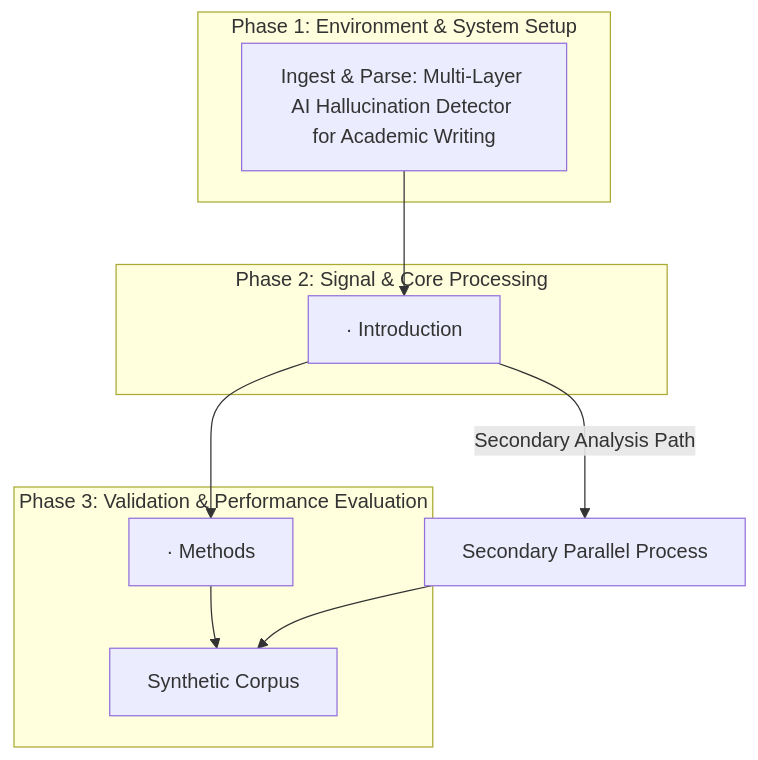
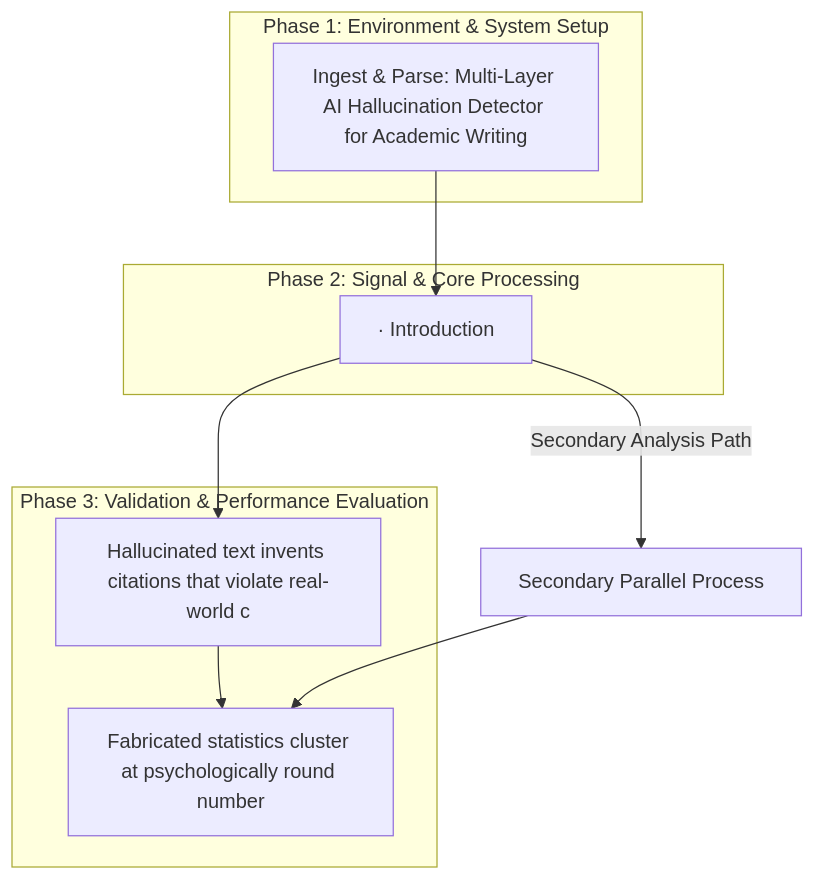
One commit to Runtime-Slayers/Multi-Layer-Hallucination-Detection-in-Large-Language-Models changed the diagram in README.md. Above: the diagram before and after it, drawn with Mermaid.

Commit message:
Docs: Restructure README.md with detailed summary and pipeline flowchart

````diff
--- a/README.md
+++ b/README.md
@@ -14,18 +14,18 @@
 ```mermaid
 graph TD
     subgraph "Phase 1: Environment & System Setup"
         N0["Ingest & Parse: Multi-Layer AI Hallucination Detector for Academic Writing"]
     end
     subgraph "Phase 2: Signal & Core Processing"
         N1["· Introduction"]
     end
     subgraph "Phase 3: Validation & Performance Evaluation"
-        N2["· Methods"]
-        N3["Synthetic Corpus"]
+        N2["Hallucinated text invents citations that violate real-world c"]
+        N3["Fabricated statistics cluster at psychologically round number"]
     end
     N0 --> N1
     N1 --> N2
     N2 --> N3
     N1 -->|"Secondary Analysis Path"| N_branchA["Secondary Parallel Process"]
     N_branchA --> N3
 ```
````
